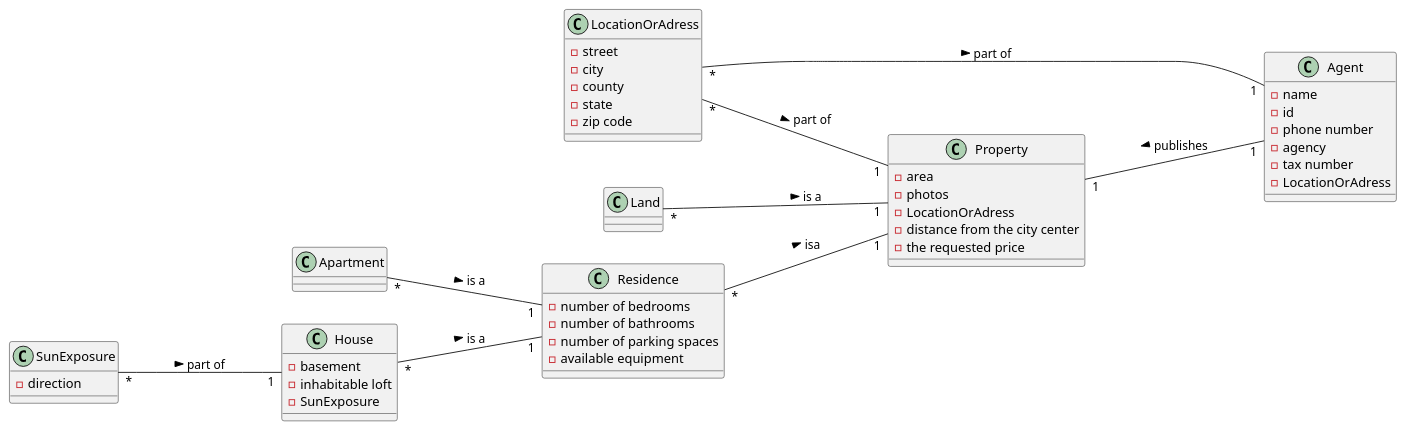
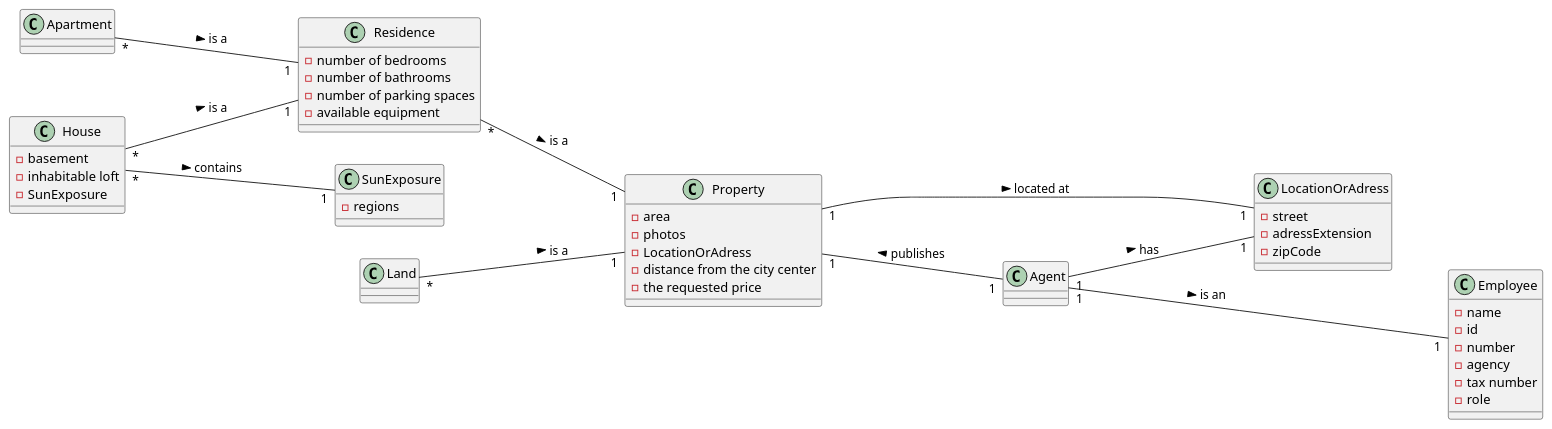
Before and after one commit to PureNimble/ISEP-LAPR2: the diagram in docs/sprintA/US02/02.analysis/puml/us02-domain-model.puml, drawn with PlantUML.

Commit message:
us02-domain-model - correction

```diff
--- a/docs/sprintA/US02/02.analysis/puml/us02-domain-model.puml
+++ b/docs/sprintA/US02/02.analysis/puml/us02-domain-model.puml
@@ -1,89 +1,86 @@
 @startuml
 
 left to right direction
 
 class Property
 
 class Apartment
 
 class House
 
 class Residence
 
 class LocationOrAdress
 
 class Land
 
 class Agent
 
 class SunExposure
 
+class Employee
+
+
 class Agent {
-- name
-- id
-- phone number
-- agency
-- tax number
-- LocationOrAdress
 }
 
 class Residence{
--number of bedrooms
- - number of bathrooms
- - number of parking spaces
- - available equipment
+    -number of bedrooms
+    - number of bathrooms
+    - number of parking spaces
+    - available equipment
  }
 
 
 class Property {
-- area
-- photos
-- LocationOrAdress
-- distance from the city center
-- the requested price
+    - area
+    - photos
+    - LocationOrAdress
+    - distance from the city center
+    - the requested price
 }
 
 class Apartment {
 }
 
 class House {
-- basement
-- inhabitable loft
-- SunExposure
+    - basement
+    - inhabitable loft
+    - SunExposure
 }
 
 class Land {
 
 }
 
 class SunExposure {
-- direction
+    - regions
 }
 
-'perguntar'
+class LocationOrAdress {
+    -street
+    -adressExtension
+    -zipCode
+}
 
-'/class LocationOrAdress {
-  '- adressExtension
-  '- zip code
-  '}
-
-
-class LocationOrAdress {
-- street
-- city
-- county
-- state
-- zip code
+class Employee{
+    -name
+    -id
+    -number
+    -agency
+    -tax number
+    -role
 }
 
 Property "1" --- "1" Agent: publishes <
 Land "*" --- "1" Property: is a >
-Residence "*" --- "1" Property: isa >
-
-SunExposure "*" --- "1" House : part of >
-LocationOrAdress "*" --- "1" Property : part of >
-LocationOrAdress "*" --- "1" Agent : part of >
+Residence "*" --- "1" Property: is a >
+House "*" --- "1" SunExposure : contains >
+Property "1" --- "1" LocationOrAdress : located at >
+Agent "1" --- "1" LocationOrAdress : has >
 Apartment "*" --- "1" Residence : is a >
 House "*" --- "1" Residence : is a >
+Agent"1" ---- "1" Employee : is an >
+
 
 @enduml
```
